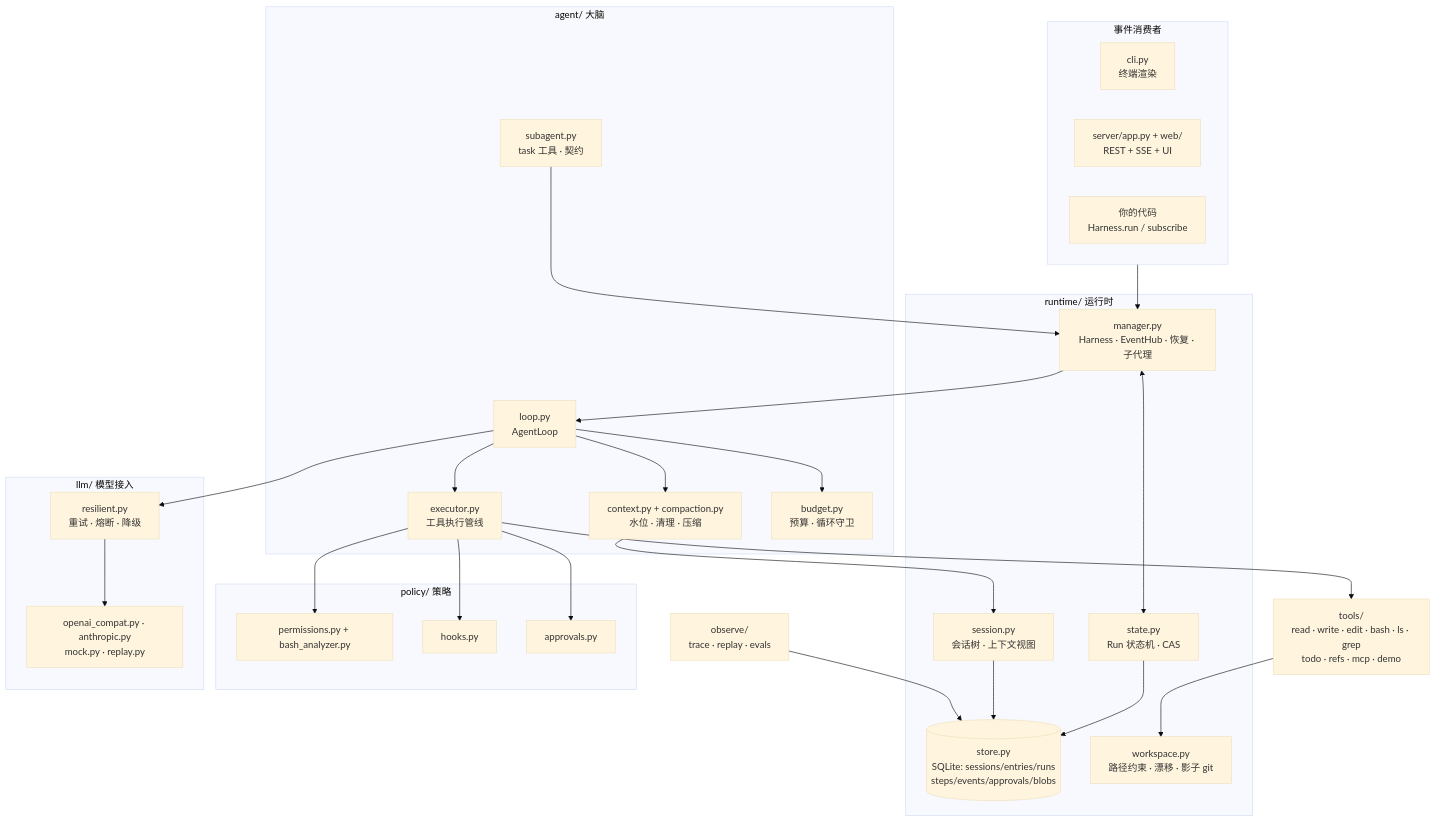
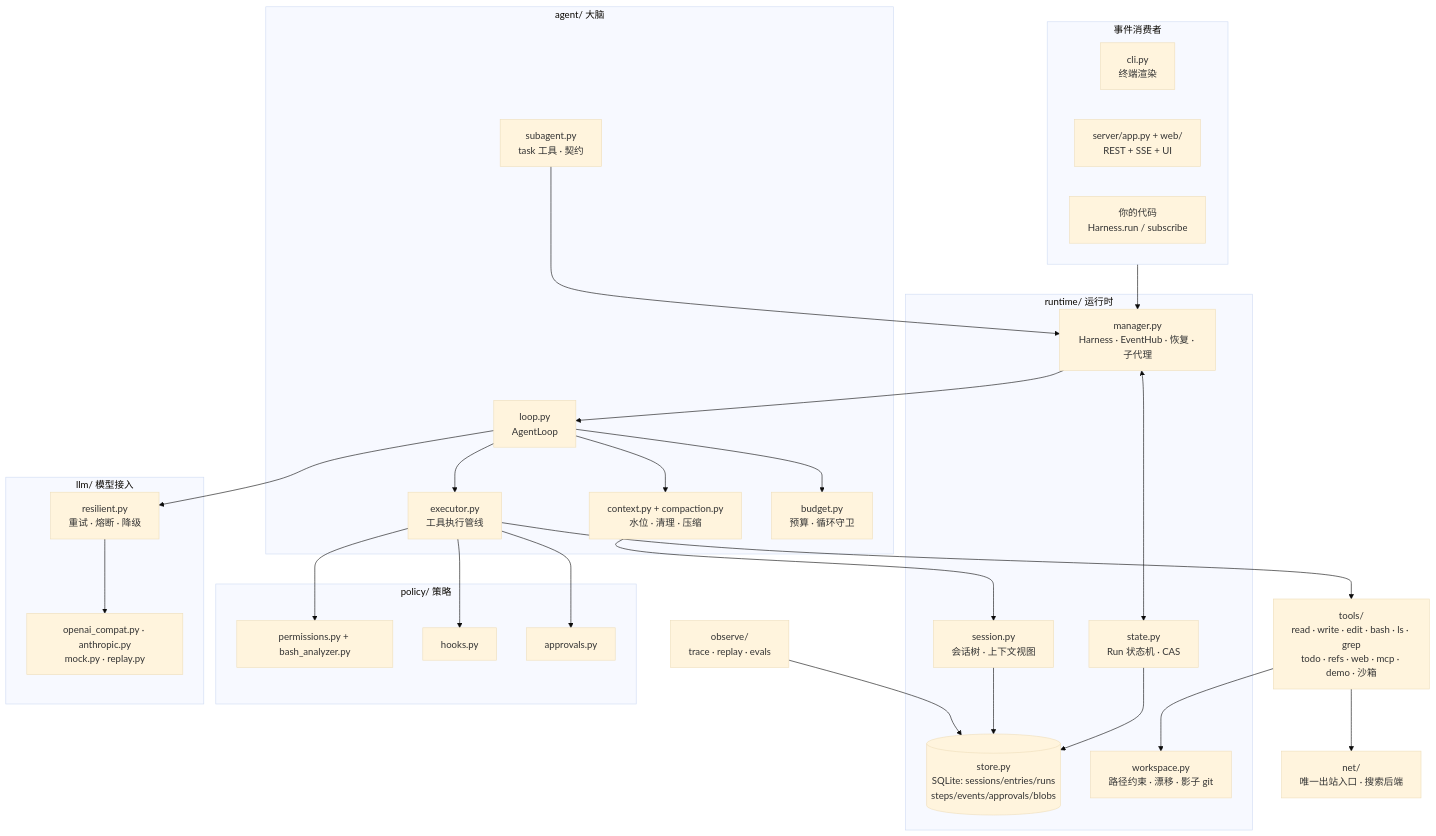
Before and after one commit to flywhlway/flywhl-harness: the first of 3 diagrams in docs/guide/architecture.md, drawn with Mermaid (base theme). The commit also changed other lines of this file and 61 other files, not shown here.

````diff
--- a/docs/guide/architecture.md
+++ b/docs/guide/architecture.md
@@ -8,44 +8,46 @@
 ```mermaid
 flowchart TB
     subgraph Clients["事件消费者"]
       CLI[cli.py<br/>终端渲染]
       WEB[server/app.py + web/<br/>REST + SSE + UI]
       SDK[你的代码<br/>Harness.run / subscribe]
     end
     subgraph Runtime["runtime/ 运行时"]
       H[manager.py<br/>Harness · EventHub · 恢复 · 子代理]
       SM[state.py<br/>Run 状态机 · CAS]
       ST[(store.py<br/>SQLite: sessions/entries/runs<br/>steps/events/approvals/blobs)]
       SL[session.py<br/>会话树 · 上下文视图]
       WS[workspace.py<br/>路径约束 · 漂移 · 影子 git]
     end
     subgraph Agent["agent/ 大脑"]
       LOOP[loop.py<br/>AgentLoop]
       EX[executor.py<br/>工具执行管线]
       CTX[context.py + compaction.py<br/>水位 · 清理 · 压缩]
       BG[budget.py<br/>预算 · 循环守卫]
       SUB[subagent.py<br/>task 工具 · 契约]
     end
     subgraph Policy["policy/ 策略"]
       PERM[permissions.py + bash_analyzer.py]
       HOOK[hooks.py]
       APR[approvals.py]
     end
     subgraph LLM["llm/ 模型接入"]
       RES[resilient.py<br/>重试 · 熔断 · 降级]
       PROV[openai_compat.py · anthropic.py<br/>mock.py · replay.py]
     end
-    TOOLS[tools/<br/>read · write · edit · bash · ls · grep<br/>todo · refs · mcp · demo]
+    TOOLS[tools/<br/>read · write · edit · bash · ls · grep<br/>todo · refs · web · mcp · demo · 沙箱]
+    NET[net/<br/>唯一出站入口 · 搜索后端]
     OBS[observe/<br/>trace · replay · evals]
 
     Clients --> H
     H --> LOOP
     H <--> SM --> ST
     LOOP --> CTX --> SL --> ST
     LOOP --> EX --> PERM & HOOK & APR
     EX --> TOOLS --> WS
+    TOOLS --> NET
     LOOP --> BG
     LOOP --> RES --> PROV
     SUB --> H
     OBS --> ST
 ```
````
